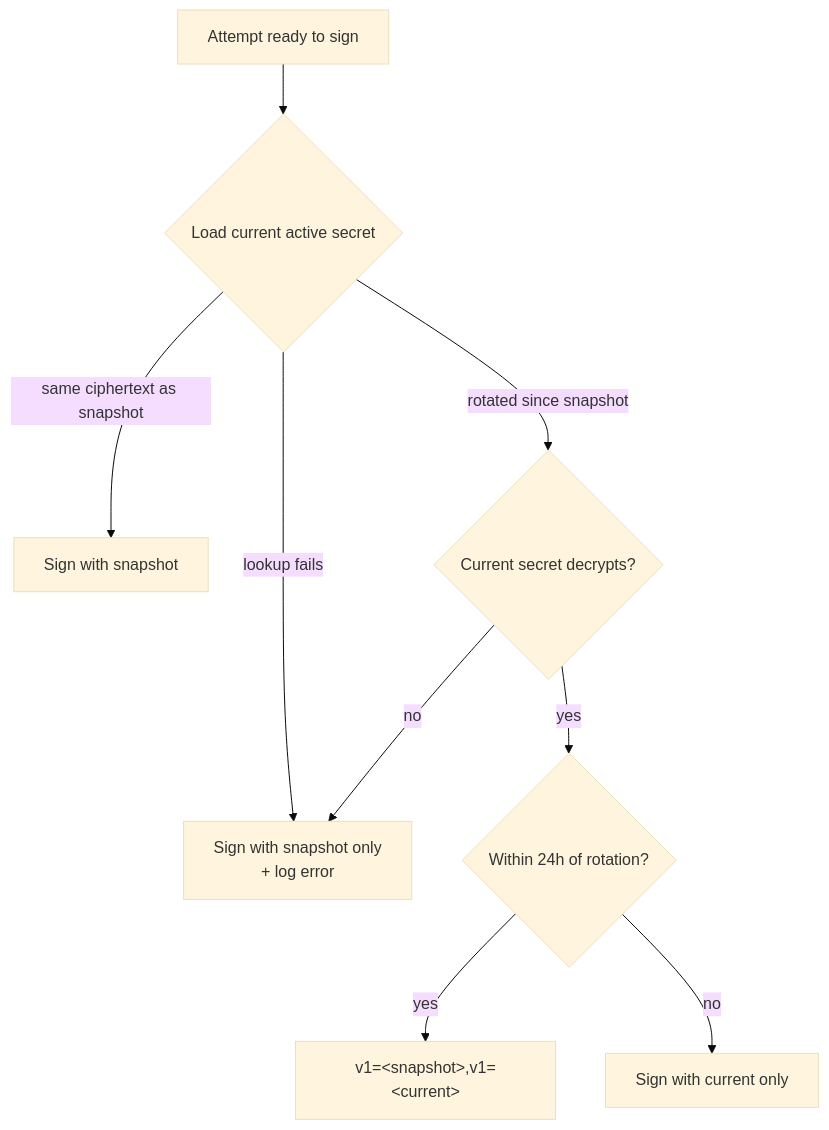
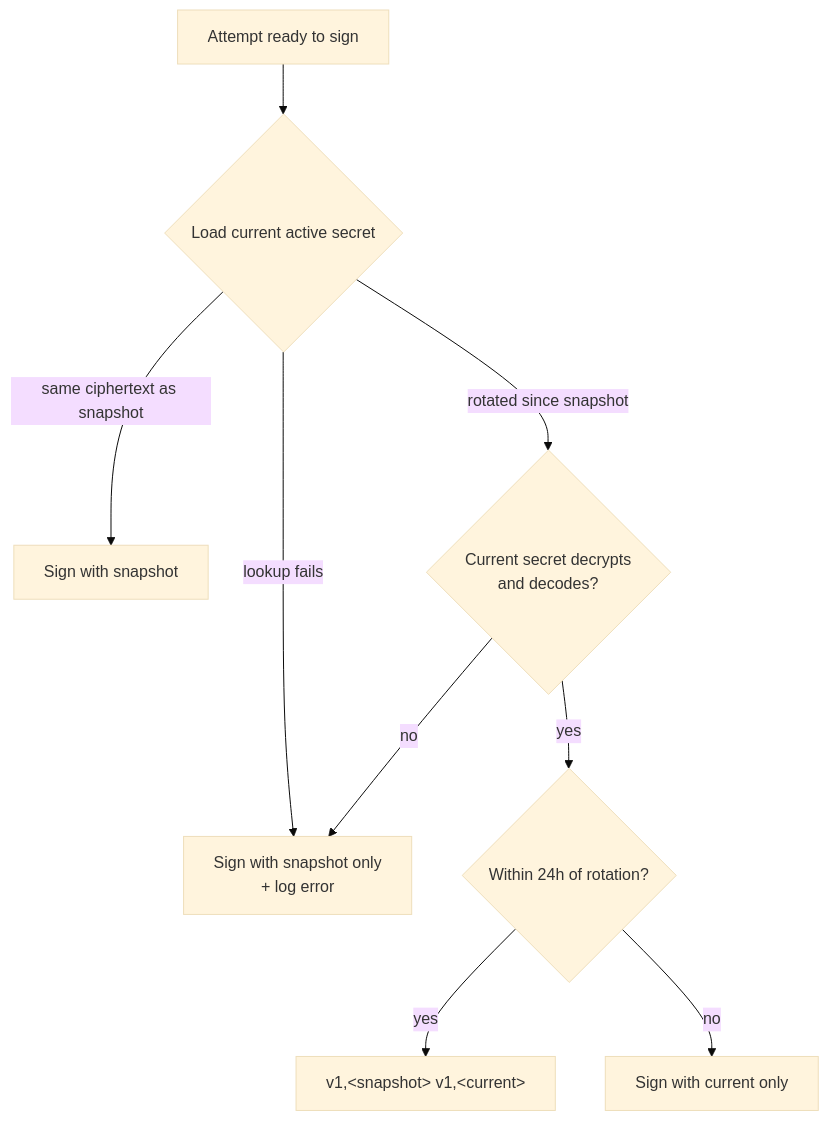
The fourth of 5 diagrams in docs/webhooks.md (chuanghiduoc/fiber-golang-boilerplate), drawn with Mermaid (base theme) before and after one commit. The commit also changed other lines of this file and 87 other files, not shown here.

````diff
--- a/docs/webhooks.md
+++ b/docs/webhooks.md
@@ -230,11 +291,11 @@
 ```mermaid
 flowchart TD
     A[Attempt ready to sign] --> B{Load current active secret}
     B -->|lookup fails| S[Sign with snapshot only<br/>+ log error]
     B -->|same ciphertext as snapshot| S2[Sign with snapshot]
-    B -->|rotated since snapshot| C{Current secret decrypts?}
+    B -->|rotated since snapshot| C{Current secret decrypts<br/>and decodes?}
     C -->|no| S
     C -->|yes| D{Within 24h of rotation?}
-    D -->|yes| E["v1=&lt;snapshot&gt;,v1=&lt;current&gt;"]
+    D -->|yes| E["v1,&lt;snapshot&gt; v1,&lt;current&gt;"]
     D -->|no| F[Sign with current only]
 ```
````
